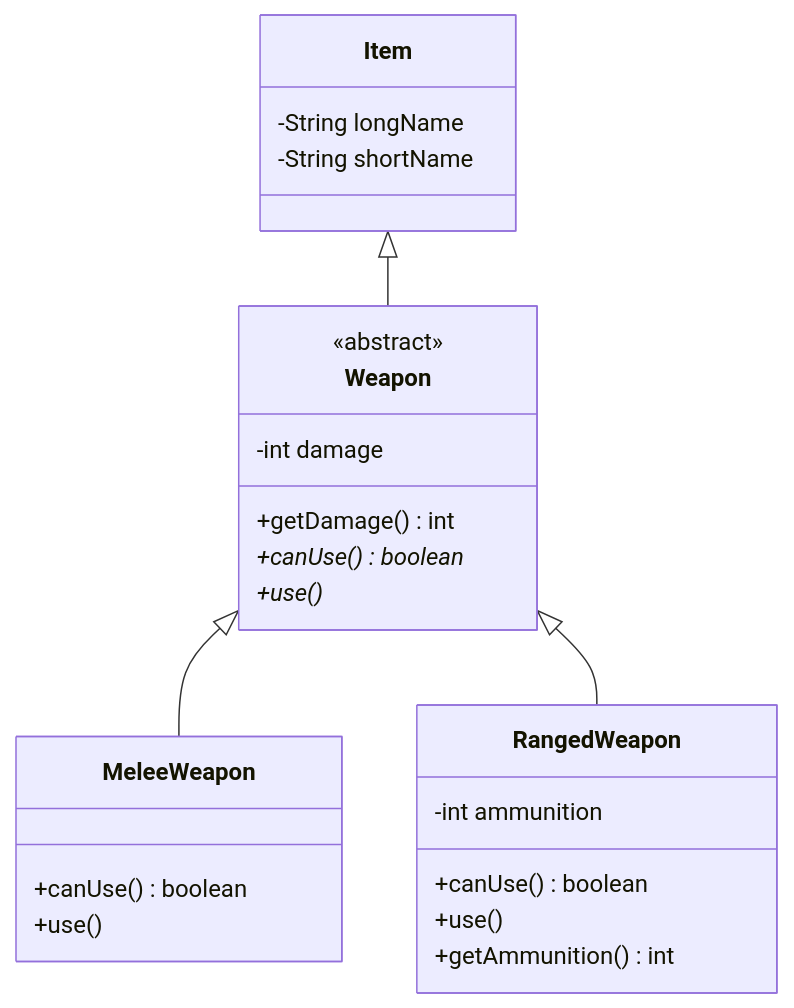
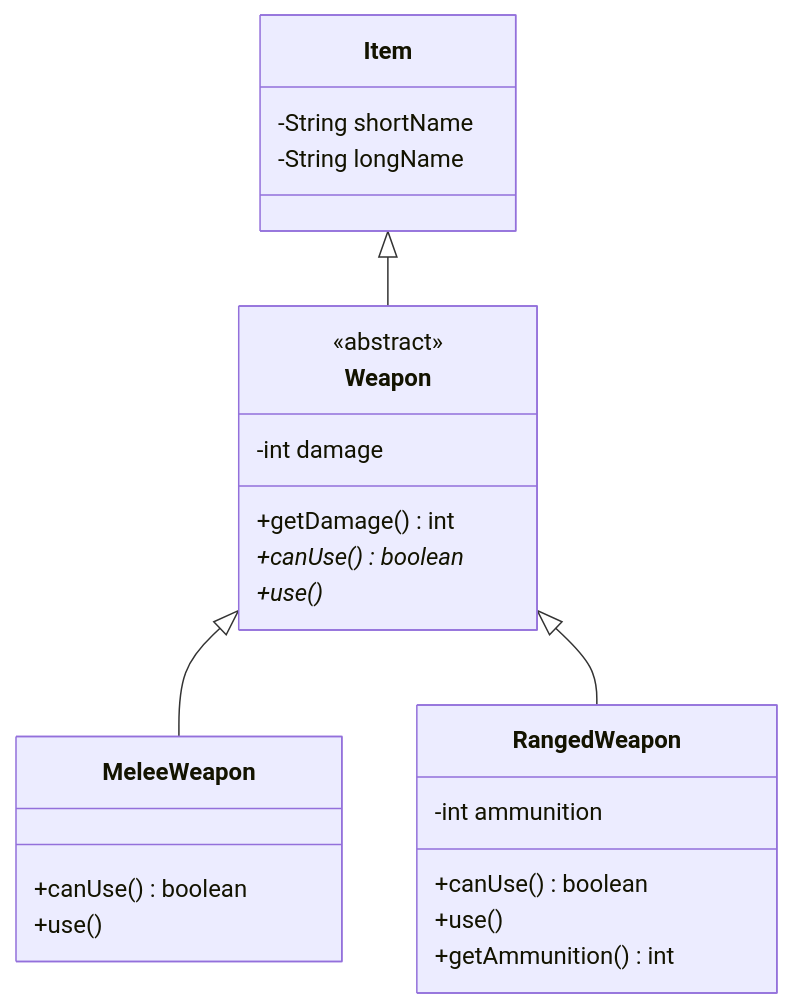
One commit to CheMical/DAT-GBG-DA-E26AB changed the diagram in 41/01_man_2026-10-05/README.md. Above: the diagram before and after it, drawn with Mermaid. The commit also changed other lines of this file and 20 other files, not shown here.

````diff
--- a/41/01_man_2026-10-05/README.md
+++ b/41/01_man_2026-10-05/README.md
@@ -190,28 +190,28 @@
 ```mermaid
 classDiagram
     class Item {
+        -String shortName
         -String longName
-        -String shortName
     }
     class Weapon {
         <<abstract>>
         -int damage
         +getDamage() int
         +canUse()* boolean
         +use()*
     }
     class MeleeWeapon {
         +canUse() boolean
         +use()
     }
     class RangedWeapon {
         -int ammunition
         +canUse() boolean
         +use()
         +getAmmunition() int
     }
 
     Item <|-- Weapon
     Weapon <|-- MeleeWeapon
     Weapon <|-- RangedWeapon
 ```
````
